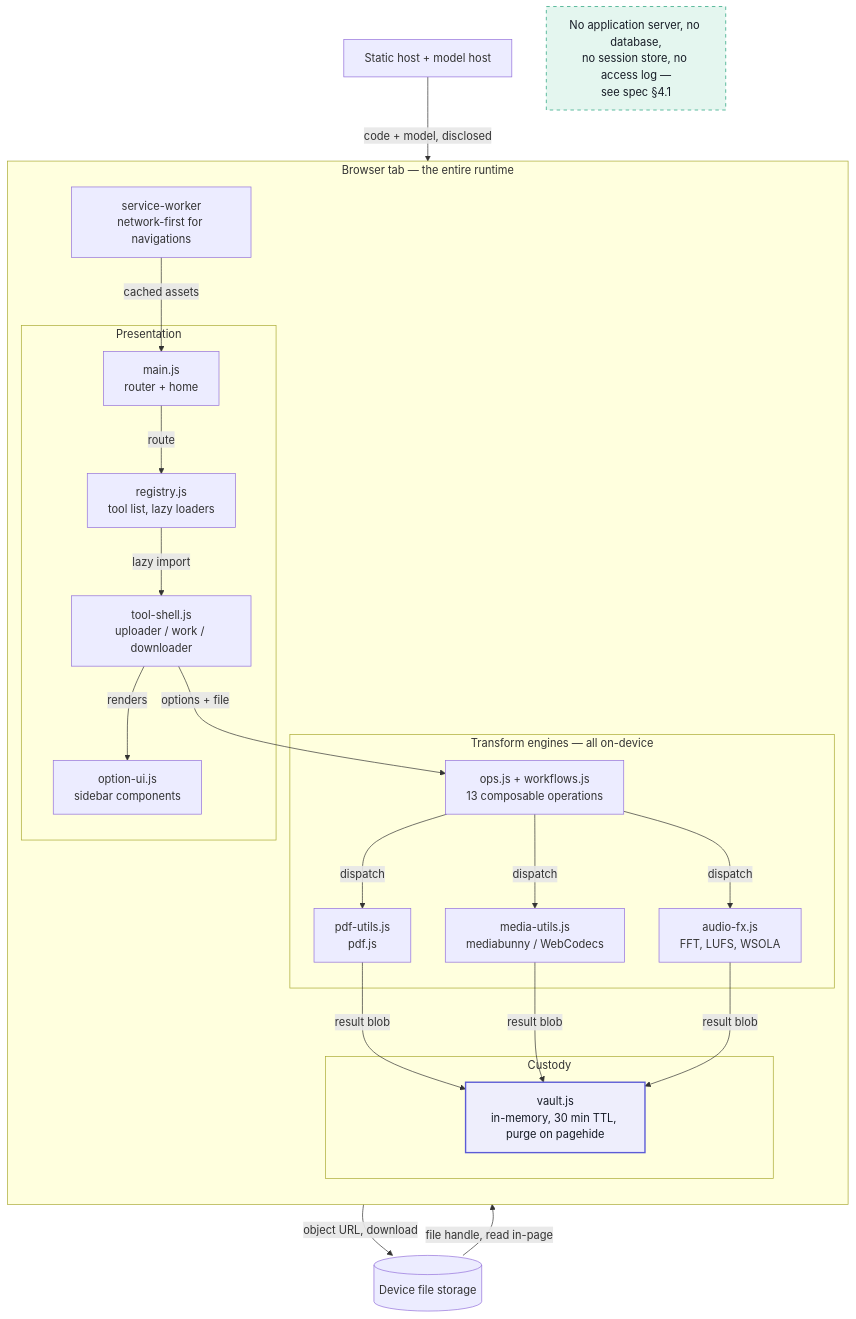
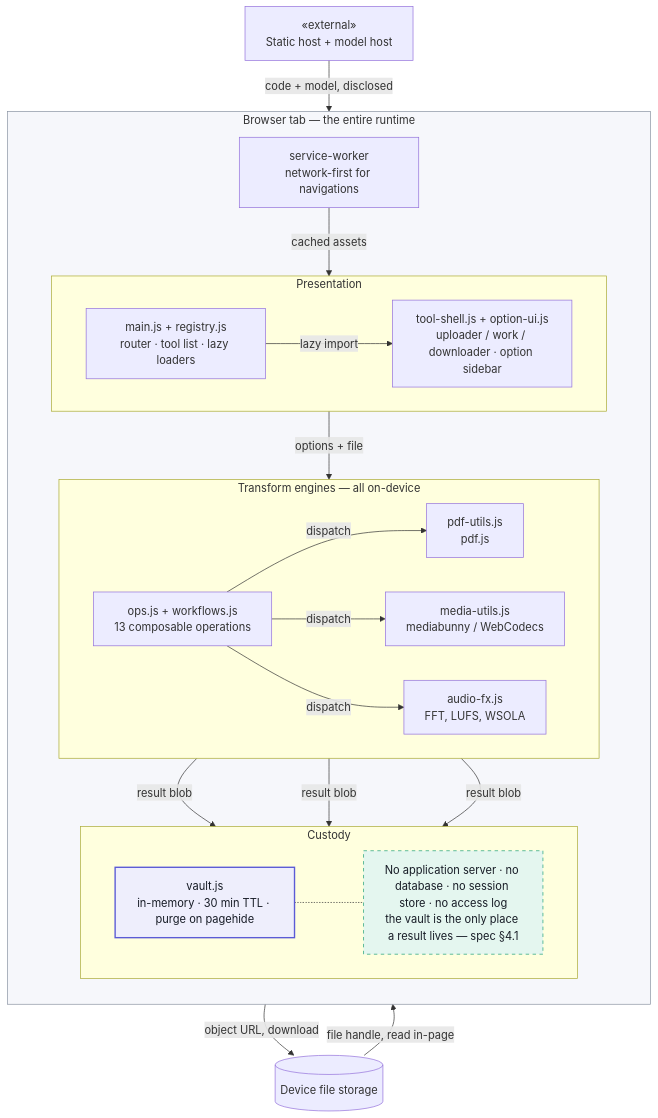
The second of 3 diagrams in .docs/02-design/diagrams.md (Thiha-Lynn/unilab), drawn with Mermaid before and after one commit. The commit also changed other lines of this file and 1 other file, not shown here.

````diff
--- a/.docs/02-design/diagrams.md
+++ b/.docs/02-design/diagrams.md
@@ -119,48 +120,49 @@
 ```mermaid
 flowchart TB
+    CDN["«external»<br/>Static host + model host"]
+    FILE[("Device file storage")]
+
     subgraph TAB["Browser tab — the entire runtime"]
         direction TB
 
+        SW["service-worker<br/>network-first for navigations"]
+
         subgraph SHELL["Presentation"]
-            MAIN["main.js<br/>router + home"]
-            REG["registry.js<br/>tool list, lazy loaders"]
-            TS["tool-shell.js<br/>uploader / work / downloader"]
-            OUI["option-ui.js<br/>sidebar components"]
+            direction LR
+            APP["main.js + registry.js<br/>router · tool list · lazy loaders"]
+            TS["tool-shell.js + option-ui.js<br/>uploader / work / downloader · option sidebar"]
         end
 
         subgraph ENGINE["Transform engines — all on-device"]
+            direction LR
+            OPS["ops.js + workflows.js<br/>13 composable operations"]
             PDF["pdf-utils.js<br/>pdf.js"]
             MEDIA["media-utils.js<br/>mediabunny / WebCodecs"]
             AUDIO["audio-fx.js<br/>FFT, LUFS, WSOLA"]
-            OPS["ops.js + workflows.js<br/>13 composable operations"]
         end
 
         subgraph CUSTODY["Custody"]
-            VAULT["vault.js<br/>in-memory, 30 min TTL, purge on pagehide"]
+            direction LR
+            VAULT["vault.js<br/>in-memory · 30 min TTL · purge on pagehide"]
+            NOSRV["No application server · no database · no session store · no access log<br/>the vault is the only place a result lives — spec §4.1"]
         end
-
-        SW["service-worker<br/>network-first for navigations"]
     end
 
-    FILE[("Device file storage")]
-    CDN["Static host + model host"]
-
+    CDN -- "code + model, disclosed" --> SW
+    SW -- "cached assets" --> APP
+    APP -- "lazy import" --> TS
     FILE -- "file handle, read in-page" --> TS
-    MAIN -- "route" --> REG
-    REG -- "lazy import" --> TS
-    TS -- "renders" --> OUI
     TS -- "options + file" --> OPS
     OPS -- "dispatch" --> PDF
     OPS -- "dispatch" --> MEDIA
     OPS -- "dispatch" --> AUDIO
     PDF -- "result blob" --> VAULT
     MEDIA -- "result blob" --> VAULT
     AUDIO -- "result blob" --> VAULT
     VAULT -- "object URL, download" --> FILE
-    CDN -- "code + model, disclosed" --> SW
-    SW -- "cached assets" --> MAIN
+    VAULT -.- NOSRV
 
-    NOSRV["No application server, no database,<br/>no session store, no access log —<br/>see spec §4.1"]
     style NOSRV fill:#e4f6ef,stroke:#1d9e77,stroke-dasharray: 5 5,color:#171c26
     style VAULT fill:#eeeefc,stroke:#5b5bd6,stroke-width:2px,color:#171c26
+    style TAB fill:#f6f7fb,stroke:#8a93a2
 ```
````
